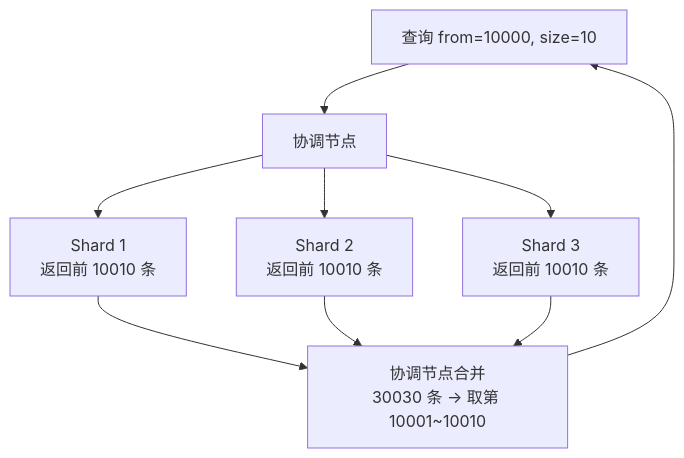
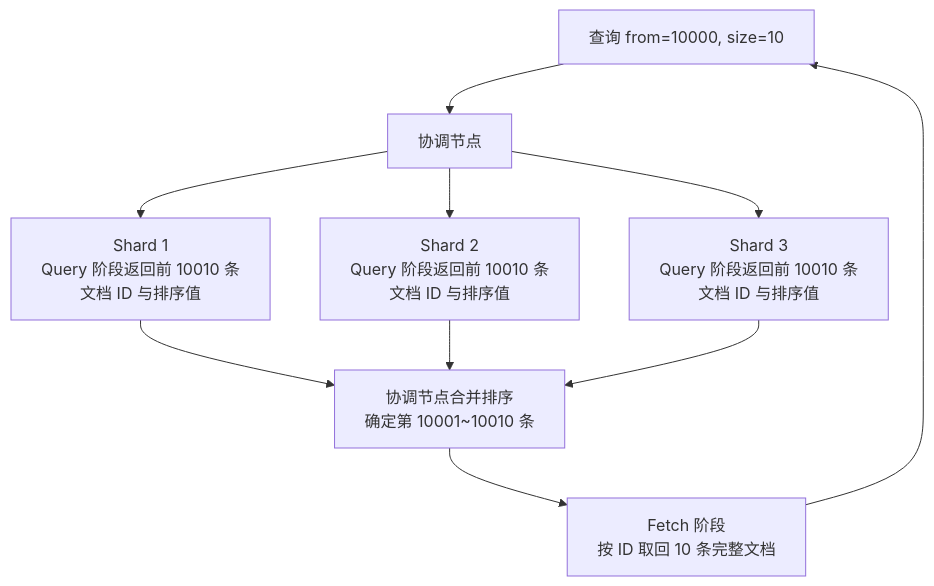
Before and after one commit to b1tzer/the-stack: the second of 2 diagrams in docs/elasticsearch/08-performance/chapter-01-index-optimization.md, drawn with Mermaid. The commit also changed other lines of this file and 3 other files, not shown here.

````diff
--- a/docs/elasticsearch/08-performance/chapter-01-index-optimization.md
+++ b/docs/elasticsearch/08-performance/chapter-01-index-optimization.md
@@ -33,11 +32,12 @@
 ```mermaid
 flowchart TD
     Client["查询 from=10000, size=10"] --> Coord["协调节点"]
-    Coord --> S1["Shard 1<br>返回前 10010 条"]
-    Coord --> S2["Shard 2<br>返回前 10010 条"]
-    Coord --> S3["Shard 3<br>返回前 10010 条"]
-    S1 --> Merge["协调节点合并<br>30030 条 → 取第 10001~10010"]
+    Coord --> S1["Shard 1<br>Query 阶段返回前 10010 条<br>文档 ID 与排序值"]
+    Coord --> S2["Shard 2<br>Query 阶段返回前 10010 条<br>文档 ID 与排序值"]
+    Coord --> S3["Shard 3<br>Query 阶段返回前 10010 条<br>文档 ID 与排序值"]
+    S1 --> Merge["协调节点合并排序<br>确定第 10001~10010 条"]
     S2 --> Merge
     S3 --> Merge
-    Merge --> Client
+    Merge --> Fetch["Fetch 阶段<br>按 ID 取回 10 条完整文档"]
+    Fetch --> Client
 ```
````
